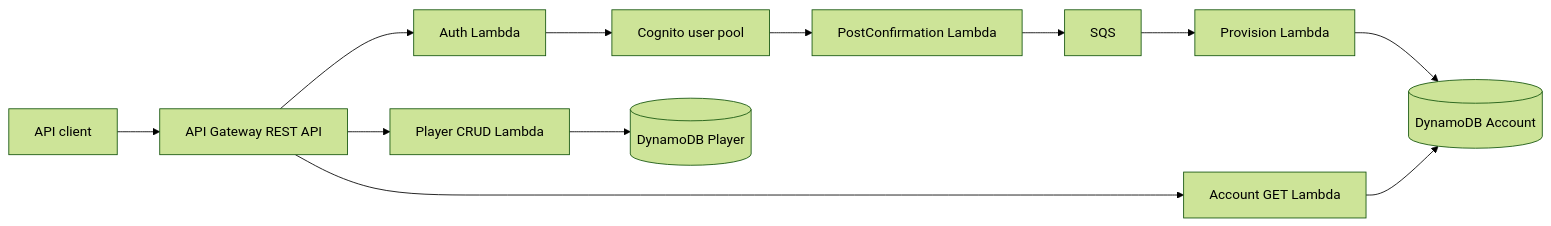
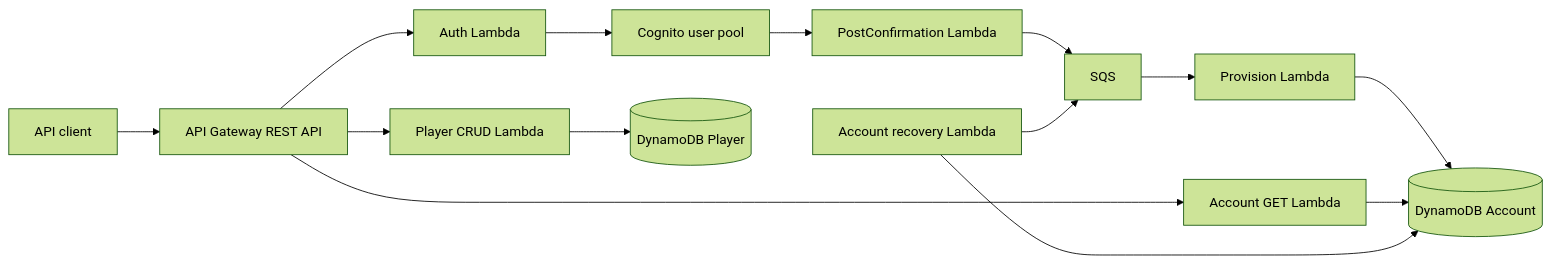
The diagram in README.md (ryjen/janus-api), drawn with Mermaid (forest theme) before and after one commit. The commit also changed other lines of this file and 8 other files, not shown here.

````diff
--- a/README.md
+++ b/README.md
@@ -9,14 +9,16 @@
 ```mermaid
 flowchart LR
     Client[API client] --> API[API Gateway REST API]
     API --> Auth[Auth Lambda]
     API --> Account[Account GET Lambda]
     API --> Player[Player CRUD Lambda]
     Auth --> Cognito[Cognito user pool]
     Cognito --> Confirmed[PostConfirmation Lambda]
     Confirmed --> Queue[SQS]
     Queue --> Provision[Provision Lambda]
     Provision --> AccountDB[(DynamoDB Account)]
     Account --> AccountDB
+    Recovery[Account recovery Lambda] --> AccountDB
+    Recovery --> Queue
     Player --> PlayerDB[(DynamoDB Player)]
 ```
````
